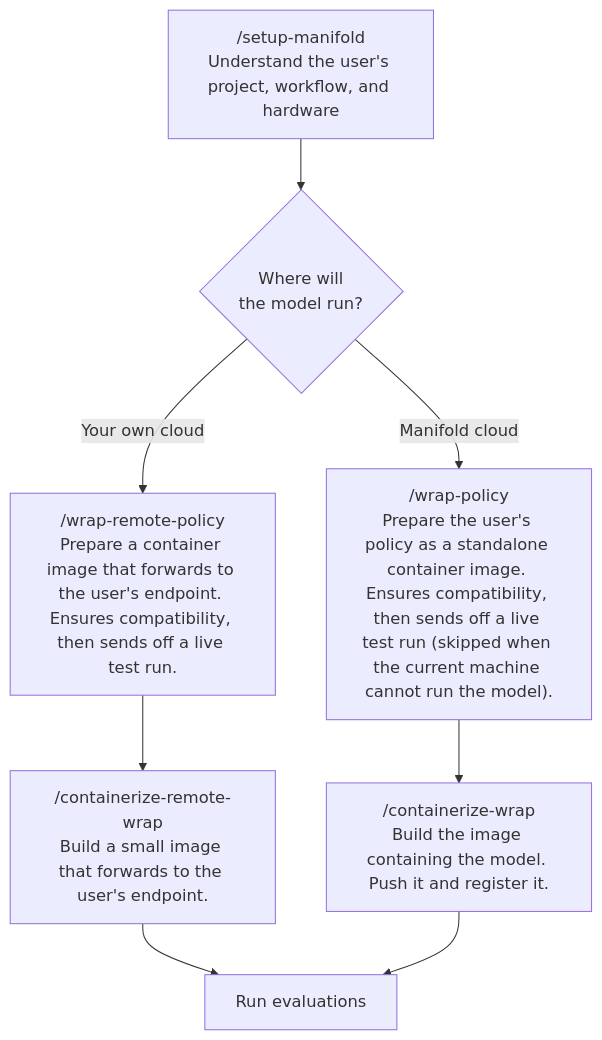
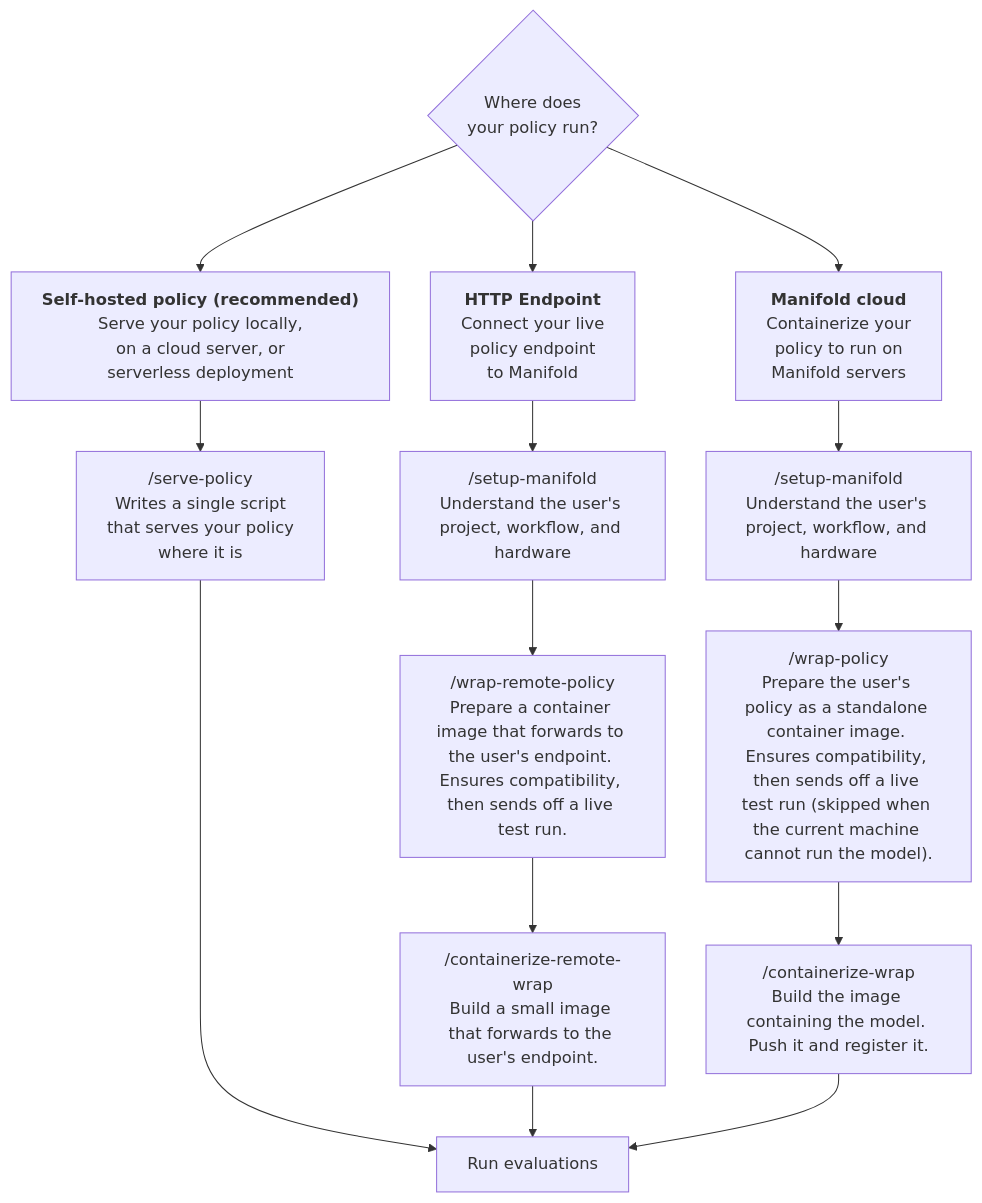
Before and after one commit to bifrostai/manifold-skills: the diagram in README.md, drawn with Mermaid. The commit also changed other lines of this file, not shown here.

First line of the commit message:
docs: show three starting points in the workflow

````diff
--- a/README.md
+++ b/README.md
@@ -46,18 +30,20 @@
 ```mermaid
+%%{init: {"flowchart": {"nodeSpacing": 40}}}%%
 flowchart TD
-    setup["/setup-manifold<br/>Understand the user's project, workflow, and hardware"]
-    branch{"Where will<br/>the model run?"}
+    start{"Where does<br/>your policy run?"}
+    self["<b>Self‑hosted&nbsp;policy&nbsp;(recommended)</b><br/>Serve your policy locally,<br/>on a cloud server, or<br/>serverless deployment"]
+    http["<b>HTTP Endpoint</b><br/>Connect your live<br/>policy endpoint<br/>to Manifold"]
+    cloud["<b>Manifold cloud</b><br/>Containerize your<br/>policy to run on<br/>Manifold servers"]
+    serve["/serve-policy<br/>Writes a single script<br/>that serves your policy<br/>where it is"]
+    hsetup["/setup-manifold<br/>Understand the user's project, workflow, and hardware"]
+    csetup["/setup-manifold<br/>Understand the user's project, workflow, and hardware"]
     rwrap["/wrap-remote-policy<br/>Prepare a container image that forwards to the user's endpoint. Ensures compatibility, then sends off a live test run."]
+    rcont["/containerize-remote-wrap<br/>Build a small image that forwards to the user's endpoint."]
     wrap["/wrap-policy<br/>Prepare the user's policy as a standalone container image. Ensures compatibility, then sends off a live test run (skipped when the current machine cannot run the model)."]
-    rcont["/containerize-remote-wrap<br/>Build a small image that forwards to the user's endpoint."]
     cont["/containerize-wrap<br/>Build the image containing the model. Push it and register it."]
     run["Run evaluations"]
 
-    setup --> branch
-    branch -->|"Your own cloud"| rwrap
-    branch -->|"Manifold cloud"| wrap
-    rwrap --> rcont
-    wrap --> cont
-    rcont --> run
-    cont --> run
+    start --> self --> serve ----> run
+    start --> http --> hsetup --> rwrap --> rcont --> run
+    start --> cloud --> csetup --> wrap --> cont --> run
 ```
````
